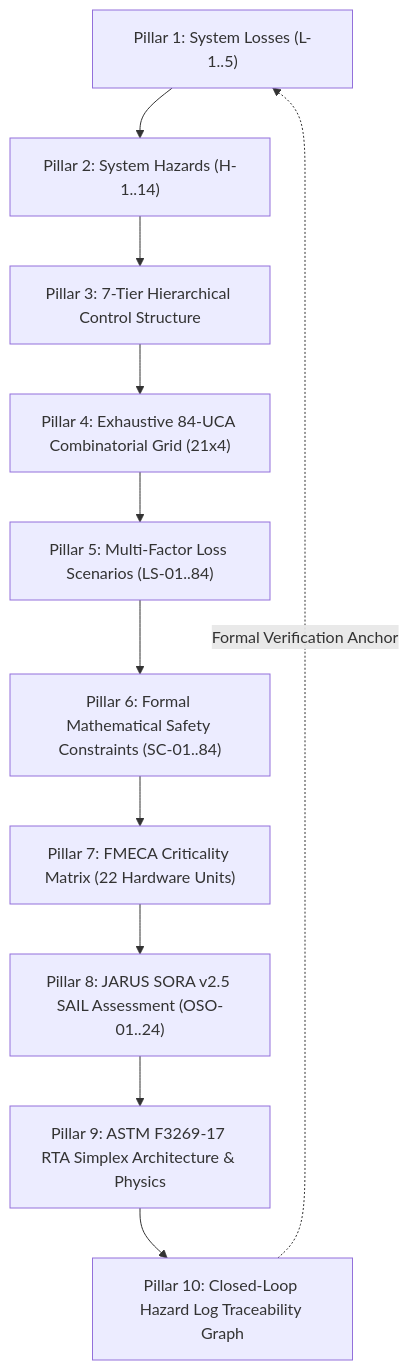
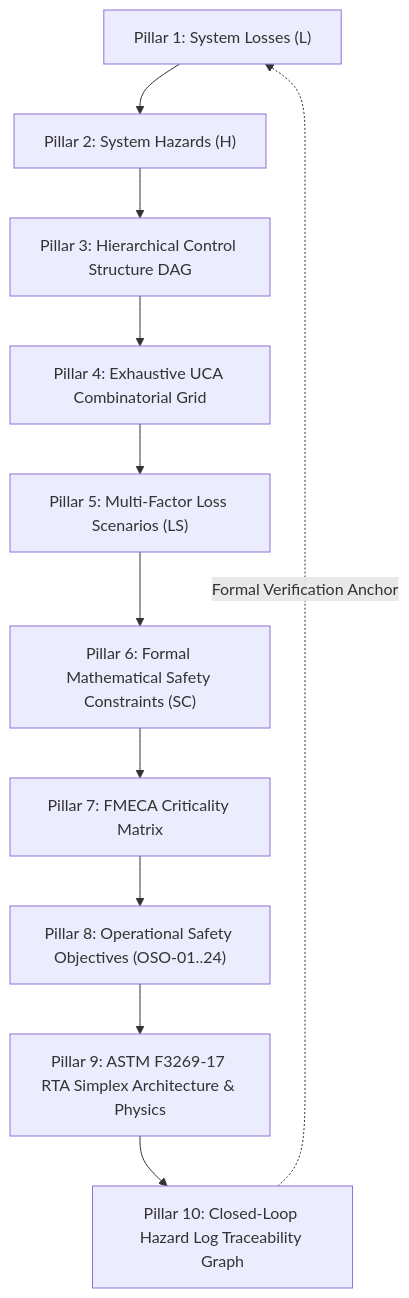
The third of 11 diagrams in docs/architecture/blueprints/DEAP_DETERMINISTIC_SAFETY_SPECIFICATION_COMPILER_BLUEPRINT.md (gintatkinson/DEAP01-spec-core), drawn with Mermaid before and after one commit. The commit also changed other lines of this file, not shown here.

Commit message:
docs(architecture): purify safety compiler blueprint to 100% abstract schema-driven AST formulation

````diff
--- a/docs/architecture/blueprints/DEAP_DETERMINISTIC_SAFETY_SPECIFICATION_COMPILER_BLUEPRINT.md
+++ b/docs/architecture/blueprints/DEAP_DETERMINISTIC_SAFETY_SPECIFICATION_COMPILER_BLUEPRINT.md
@@ -162,14 +169,14 @@
 ```mermaid
 flowchart TD
-    P1["Pillar 1: System Losses (L-1..5)"] --> P2["Pillar 2: System Hazards (H-1..14)"]
-    P2 --> P3["Pillar 3: 7-Tier Hierarchical Control Structure"]
-    P3 --> P4["Pillar 4: Exhaustive 84-UCA Combinatorial Grid (21x4)"]
-    P4 --> P5["Pillar 5: Multi-Factor Loss Scenarios (LS-01..84)"]
-    P5 --> P6["Pillar 6: Formal Mathematical Safety Constraints (SC-01..84)"]
-    P6 --> P7["Pillar 7: FMECA Criticality Matrix (22 Hardware Units)"]
-    P7 --> P8["Pillar 8: JARUS SORA v2.5 SAIL Assessment (OSO-01..24)"]
+    P1["Pillar 1: System Losses (L)"] --> P2["Pillar 2: System Hazards (H)"]
+    P2 --> P3["Pillar 3: Hierarchical Control Structure DAG"]
+    P3 --> P4["Pillar 4: Exhaustive UCA Combinatorial Grid"]
+    P4 --> P5["Pillar 5: Multi-Factor Loss Scenarios (LS)"]
+    P5 --> P6["Pillar 6: Formal Mathematical Safety Constraints (SC)"]
+    P6 --> P7["Pillar 7: FMECA Criticality Matrix"]
+    P7 --> P8["Pillar 8: Operational Safety Objectives (OSO-01..24)"]
     P8 --> P9["Pillar 9: ASTM F3269-17 RTA Simplex Architecture & Physics"]
     P9 --> P10["Pillar 10: Closed-Loop Hazard Log Traceability Graph"]
 
     P10 -.->|"Formal Verification Anchor"| P1
 ```
````
